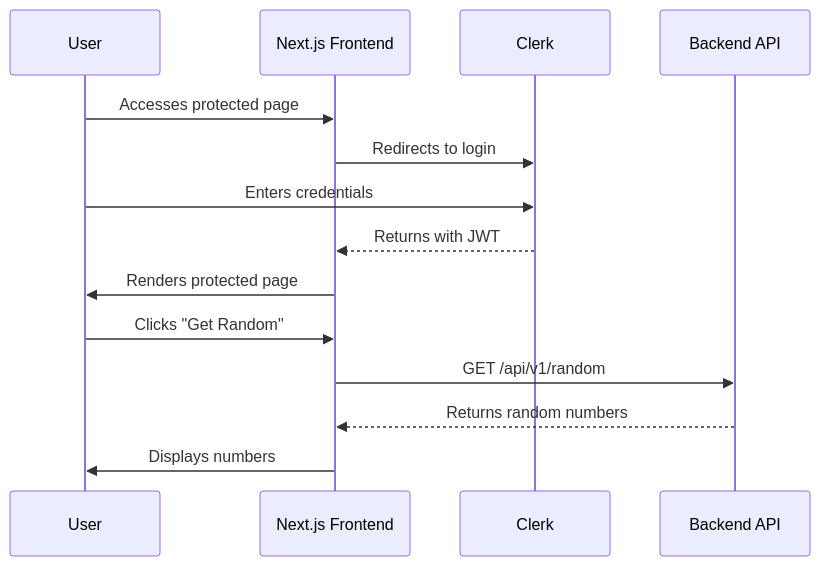
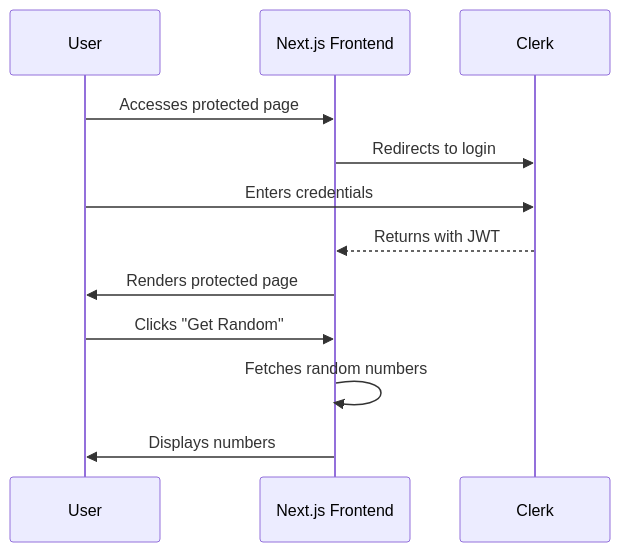
The second of 2 diagrams in README.md (rjalexa/rjafecit), drawn with Mermaid before and after one commit. The commit also changed other lines of this file and 1 other file, not shown here.

````diff
--- a/README.md
+++ b/README.md
@@ -38,17 +39,15 @@
 ```mermaid
 sequenceDiagram
     participant User
     participant Next.js Frontend
     participant Clerk
-    participant Backend API
 
     User->>Next.js Frontend: Accesses protected page
     Next.js Frontend->>Clerk: Redirects to login
     User->>Clerk: Enters credentials
     Clerk-->>Next.js Frontend: Returns with JWT
     Next.js Frontend->>User: Renders protected page
     User->>Next.js Frontend: Clicks "Get Random"
-    Next.js Frontend->>Backend API: GET /api/v1/random
-    Backend API-->>Next.js Frontend: Returns random numbers
+    Next.js Frontend->>Next.js Frontend: Fetches random numbers
     Next.js Frontend->>User: Displays numbers
 ```
````
